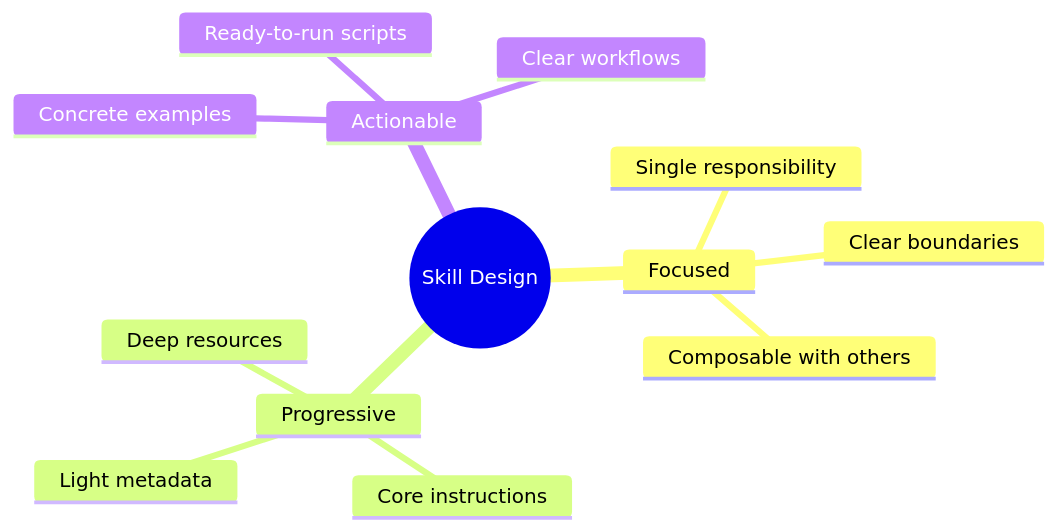
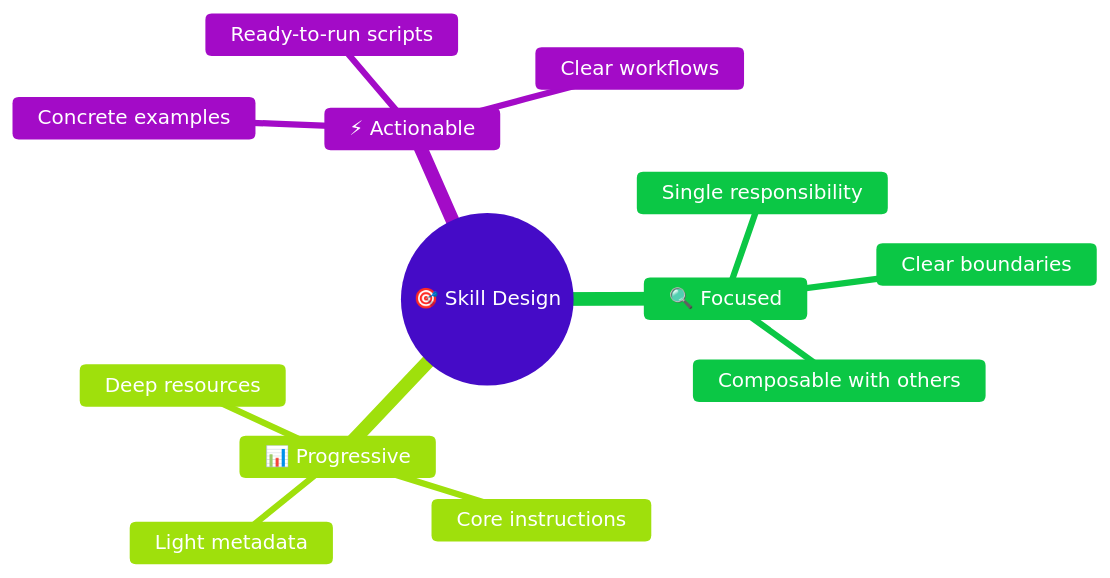
The third of 3 diagrams in patterns/02-progressive-skills.md (ThibautMelen/agentic-ai-systems), drawn with Mermaid before and after one commit. The commit also changed other lines of this file and 7 other files, not shown here.

First line of the commit message:
style(diagrams): add vibrant colors to all Mermaid diagrams

````diff
--- a/patterns/02-progressive-skills.md
+++ b/patterns/02-progressive-skills.md
@@ -231,16 +241,17 @@
 ```mermaid
+%%{init: {'theme': 'base', 'themeVariables': { 'primaryColor': '#8b5cf6', 'primaryTextColor': '#ffffff'}}}%%
 mindmap
-  root((Skill Design))
-    Focused
+  root((🎯 Skill Design))
+    🔍 Focused
       Single responsibility
       Clear boundaries
       Composable with others
-    Progressive
+    📊 Progressive
       Light metadata
       Core instructions
       Deep resources
-    Actionable
+    ⚡ Actionable
       Concrete examples
       Ready-to-run scripts
       Clear workflows
 ```
````
